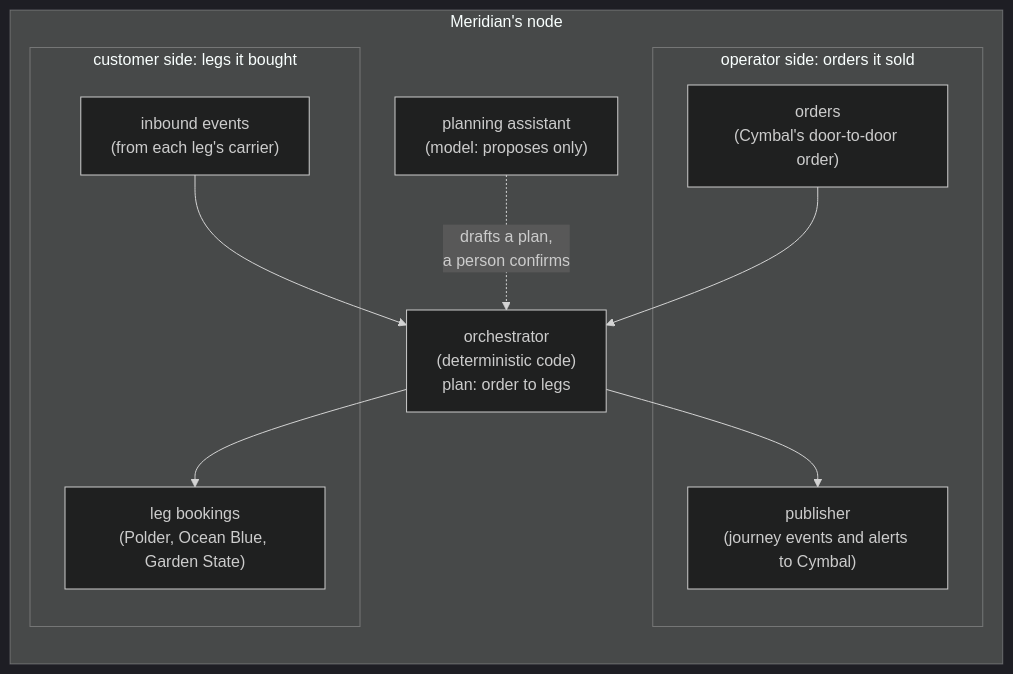
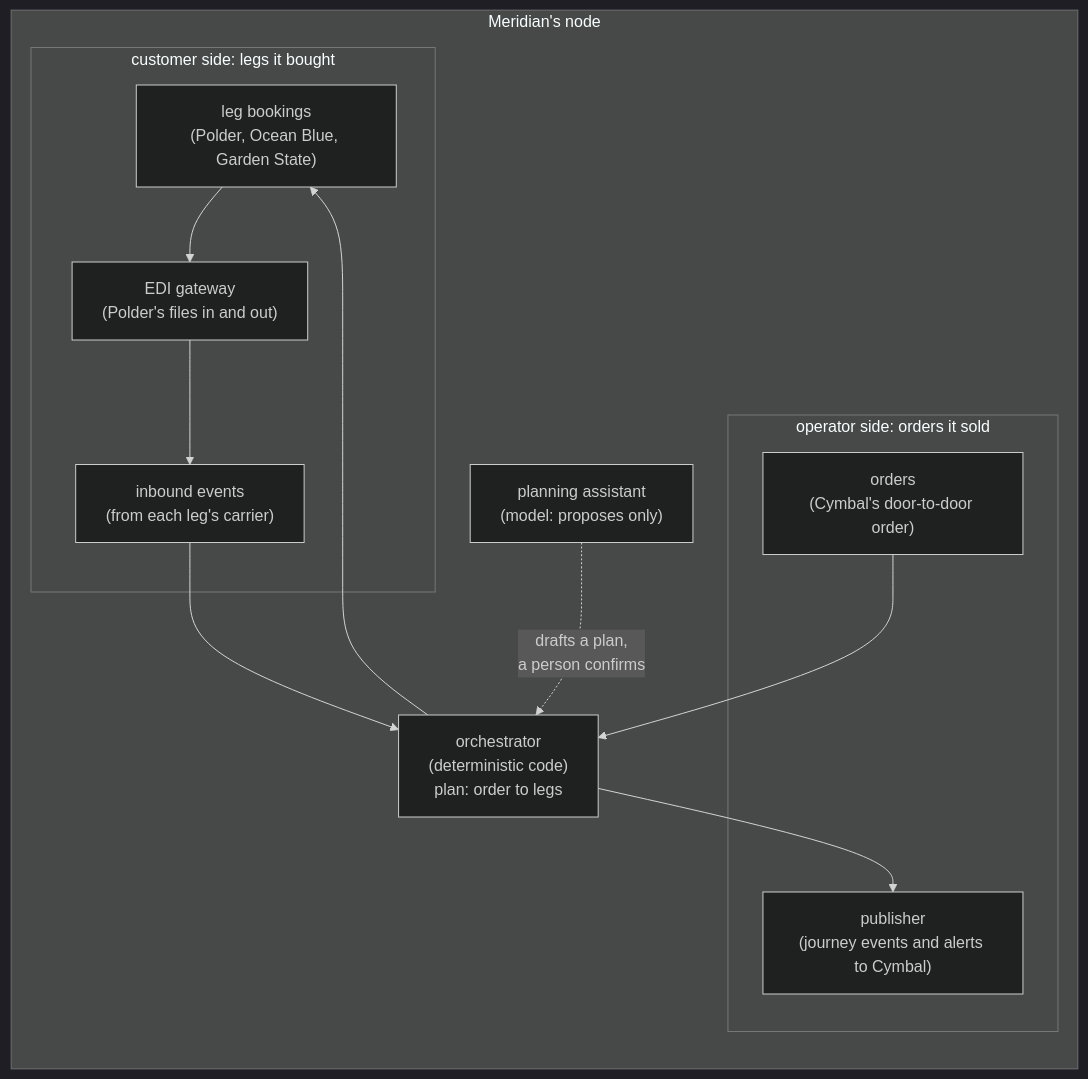
One commit to go-steer/supercargo changed the second of 7 diagrams in docs/proposals/door-to-door-forwarder.md. Above: the diagram before and after it, drawn with Mermaid (dark theme). The commit also changed other lines of this file and 1 other file, not shown here.

````diff
--- a/docs/proposals/door-to-door-forwarder.md
+++ b/docs/proposals/door-to-door-forwarder.md
@@ -176,21 +200,24 @@
 ```mermaid
 flowchart TB
     subgraph MFN["Meridian's node"]
         direction TB
         subgraph OPS["operator side: orders it sold"]
             ORD["orders<br/>(Cymbal's door-to-door order)"]
             PUB["publisher<br/>(journey events and alerts to Cymbal)"]
         end
         subgraph CUS["customer side: legs it bought"]
             LEGS["leg bookings<br/>(Polder, Ocean Blue, Garden State)"]
             INB["inbound events<br/>(from each leg's carrier)"]
+            EDI["EDI gateway<br/>(Polder's files in and out)"]
         end
         ORCH["orchestrator<br/>(deterministic code)<br/>plan: order to legs"]
         PLAN["planning assistant<br/>(model: proposes only)"]
     end
     ORD --> ORCH
     ORCH --> LEGS
     INB --> ORCH
+    EDI --> INB
+    LEGS --> EDI
     ORCH --> PUB
     PLAN -. "drafts a plan,<br/>a person confirms" .-> ORCH
 ```
````
